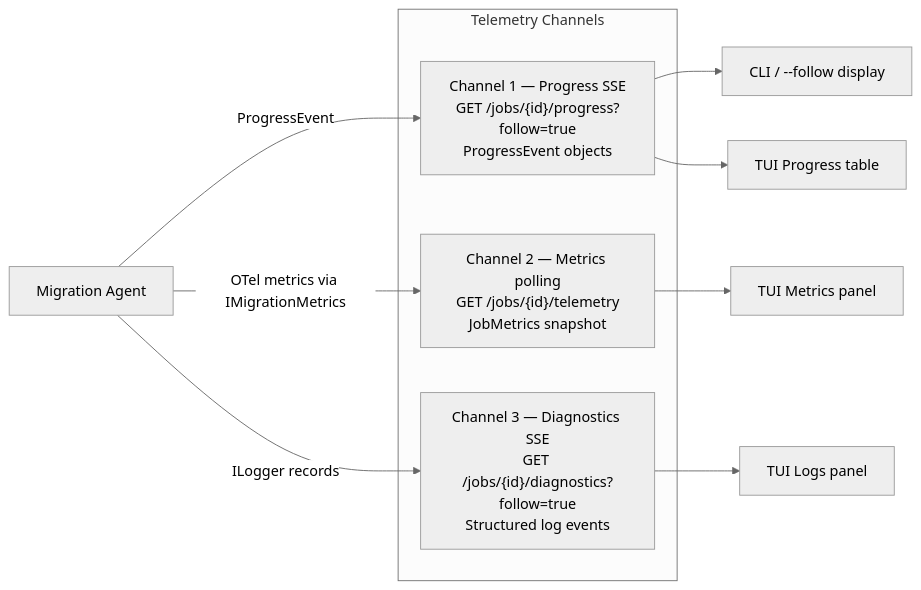
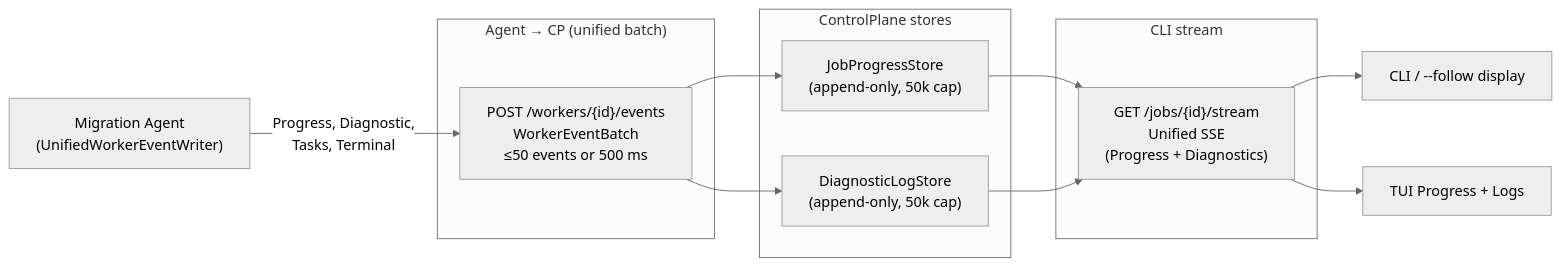
The first of 2 diagrams in docs/observability.md (nkdAgility/azure-devops-migration-platform), drawn with Mermaid (neutral theme) before and after one commit. The commit also changed other lines of this file and 652 other files, not shown here.

First line of the commit message:
Refactor Control Plane communication and enhance event handling (#131)

````diff
--- a/docs/observability.md
+++ b/docs/observability.md
@@ -17,21 +30,24 @@
 ```mermaid
 flowchart LR
-    Agent["Migration Agent"]
-    subgraph Channels["Telemetry Channels"]
-        C1["Channel 1 — Progress SSE\nGET /jobs/{id}/progress?follow=true\nProgressEvent objects"]
-        C2["Channel 2 — Metrics polling\nGET /jobs/{id}/telemetry\nJobMetrics snapshot"]
-        C3["Channel 3 — Diagnostics SSE\nGET /jobs/{id}/diagnostics?follow=true\nStructured log events"]
+    Agent["Migration Agent\n(UnifiedWorkerEventWriter)"]
+    subgraph AgentToCP["Agent → CP (unified batch)"]
+        UEW["POST /workers/{id}/events\nWorkerEventBatch\n≤50 events or 500 ms"]
+    end
+    subgraph CPStore["ControlPlane stores"]
+        PS["JobProgressStore\n(append-only, 50k cap)"]
+        DS["DiagnosticLogStore\n(append-only, 50k cap)"]
+    end
+    subgraph Stream["CLI stream"]
+        SS["GET /jobs/{id}/stream\nUnified SSE\n(Progress + Diagnostics)"]
     end
     CLI["CLI / --follow display"]
-    TUI_Progress["TUI Progress table"]
-    TUI_Metrics["TUI Metrics panel"]
-    TUI_Logs["TUI Logs panel"]
+    TUI["TUI Progress + Logs"]
 
-    Agent -->|ProgressEvent| C1
-    Agent -->|OTel metrics via IMigrationMetrics| C2
-    Agent -->|ILogger records| C3
-    C1 --> CLI
-    C1 --> TUI_Progress
-    C2 --> TUI_Metrics
-    C3 --> TUI_Logs
+    Agent -->|Progress, Diagnostic,\nTasks, Terminal| UEW
+    UEW --> PS
+    UEW --> DS
+    PS --> SS
+    DS --> SS
+    SS --> CLI
+    SS --> TUI
 ```
````
